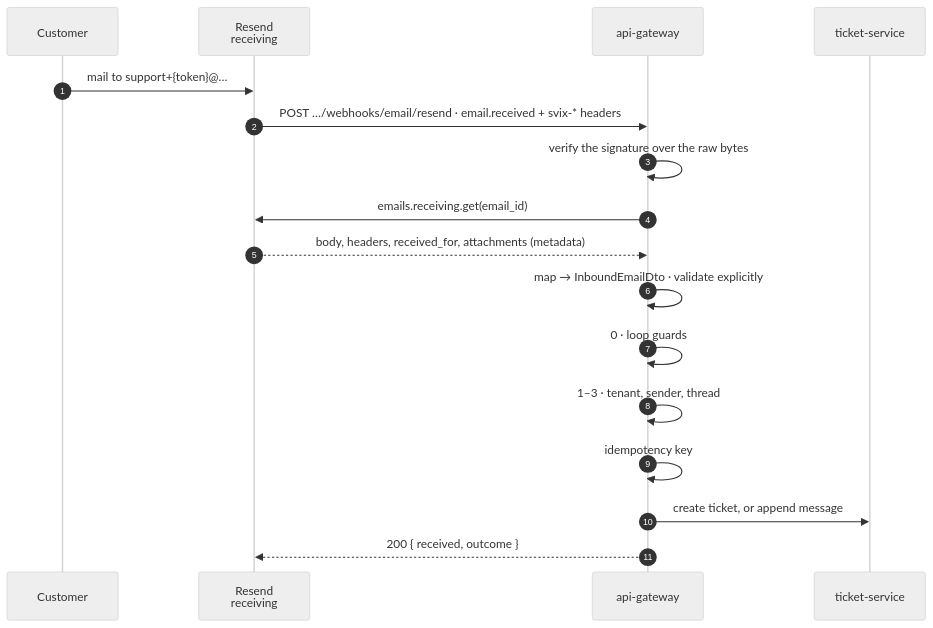
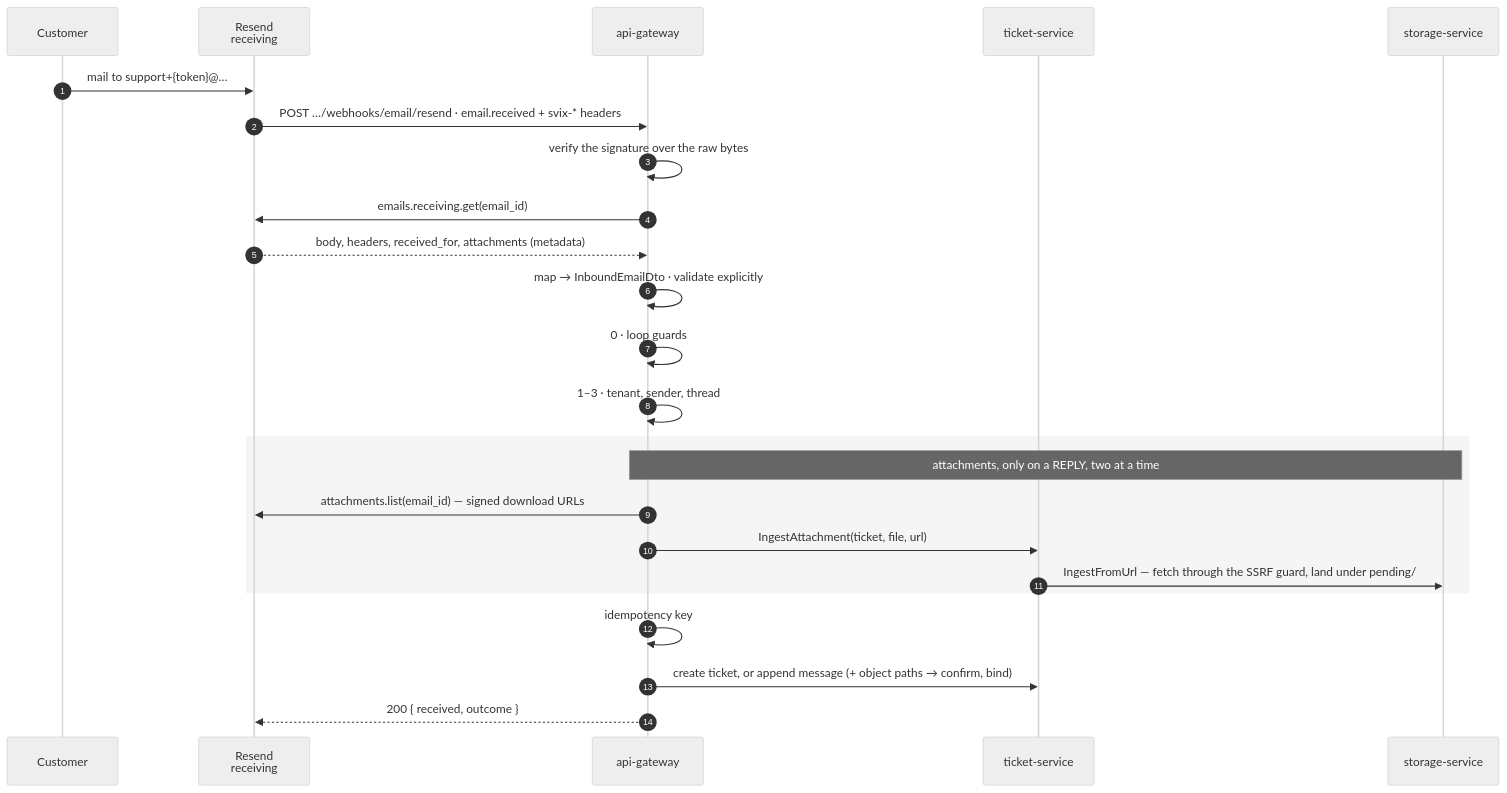
Before and after one commit to dungtq2k5/synapse-desk: the diagram in docs/reference/flows/inbound-email.md, drawn with Mermaid (neutral theme). The commit also changed other lines of this file and 51 other files, not shown here.

First line of the commit message:
feat(ESP): used 'Resend' as an Email Service Provider to replace 'Nodemailer' and 'Cloudflare Worker' -  release 2

````diff
--- a/docs/reference/flows/inbound-email.md
+++ b/docs/reference/flows/inbound-email.md
@@ -11,20 +11,29 @@
 ```mermaid
 sequenceDiagram
   autonumber
   participant U as Customer
   participant RS as Resend<br/>receiving
   participant GW as api-gateway
   participant TS as ticket-service
+  participant ST as storage-service
 
   U->>RS: mail to support+{token}@…
   RS->>GW: POST …/webhooks/email/resend · email.received + svix-* headers
   GW->>GW: verify the signature over the raw bytes
   GW->>RS: emails.receiving.get(email_id)
   RS-->>GW: body, headers, received_for, attachments (metadata)
   GW->>GW: map → InboundEmailDto · validate explicitly
   GW->>GW: 0 · loop guards
   GW->>GW: 1–3 · tenant, sender, thread
+
+  rect rgba(128,128,128,.08)
+    Note over GW,ST: attachments, only on a REPLY, two at a time
+    GW->>RS: attachments.list(email_id) — signed download URLs
+    GW->>TS: IngestAttachment(ticket, file, url)
+    TS->>ST: IngestFromUrl — fetch through the SSRF guard, land under pending/
+  end
+
   GW->>GW: idempotency key
-  GW->>TS: create ticket, or append message
+  GW->>TS: create ticket, or append message (+ object paths → confirm, bind)
   GW-->>RS: 200 { received, outcome }
 ```
````
